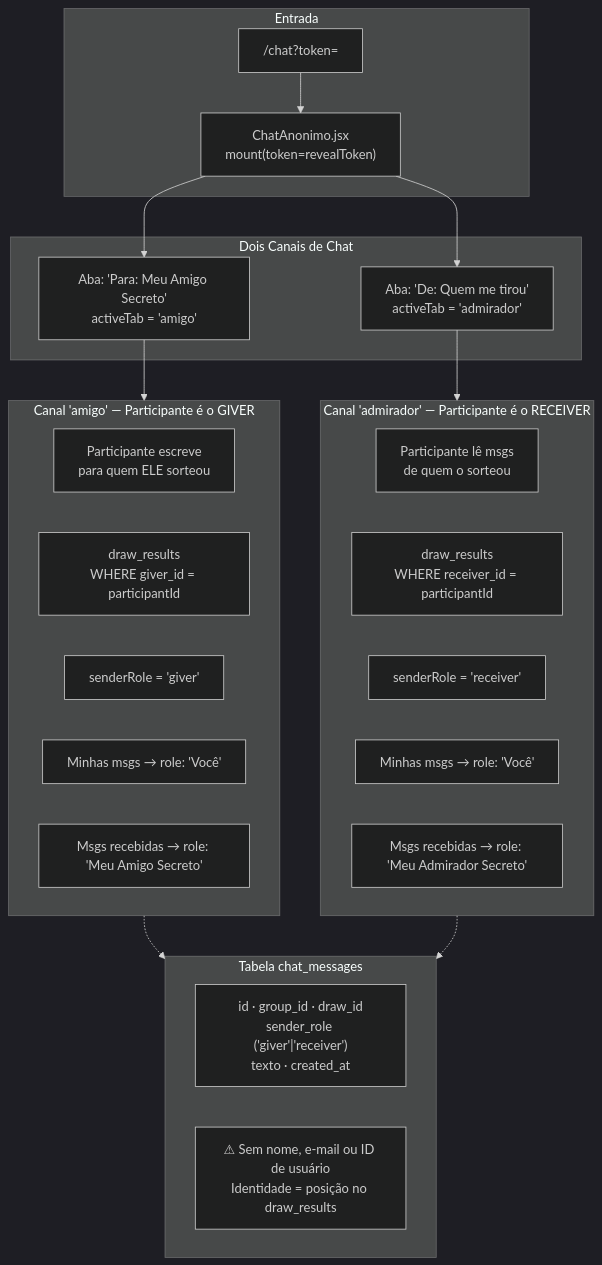
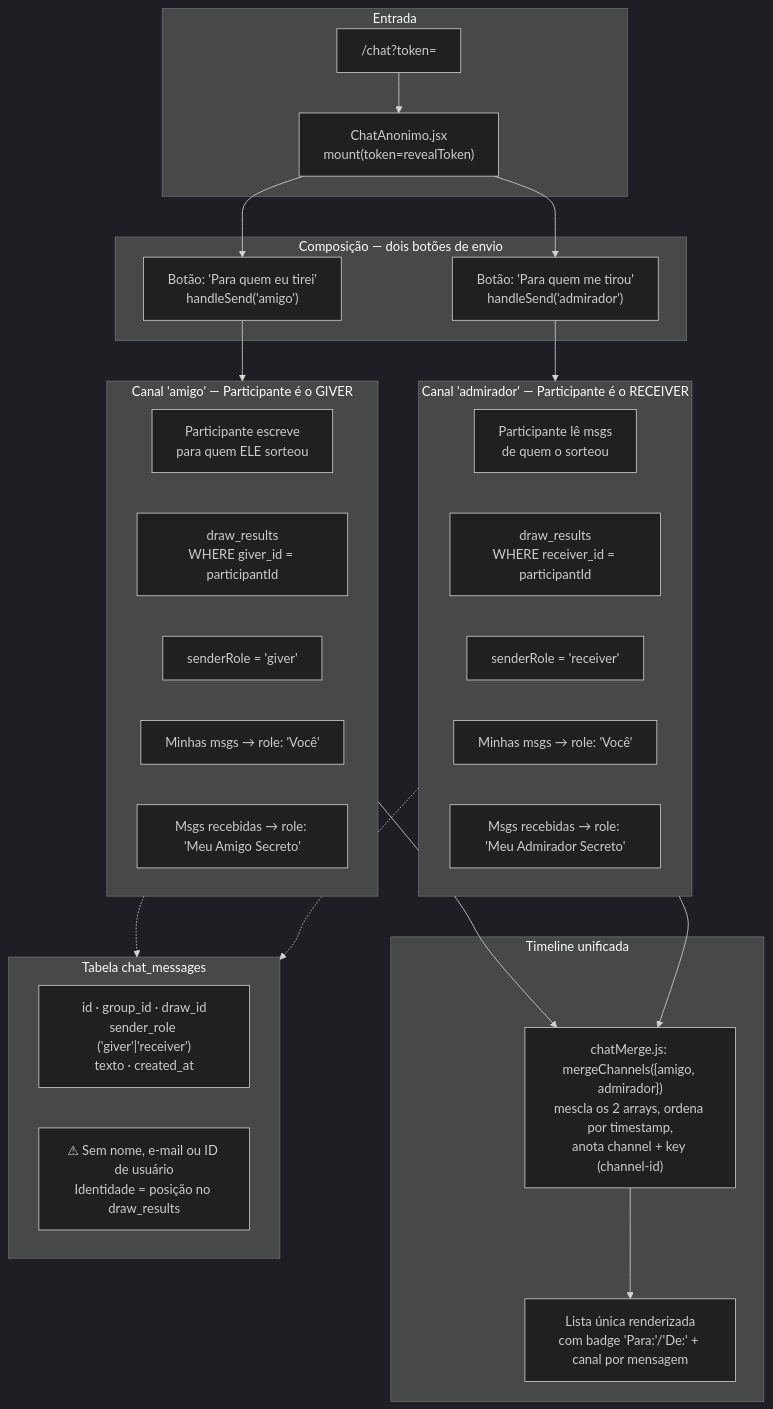
Before and after one commit to charines/AmigoSecreto: the first of 5 diagrams in docs/modules/chat_anonimo.md, drawn with Mermaid (dark theme). The commit also changed other lines of this file and 6 other files, not shown here.

First line of the commit message:
feat: chat unificado com timeline única e dois canais de envio

````diff
--- a/docs/modules/chat_anonimo.md
+++ b/docs/modules/chat_anonimo.md
@@ -27,41 +35,49 @@
 ```mermaid
 flowchart TD
     subgraph ENTRY["Entrada"]
         URL["/chat?token=<revealToken>"]
         CHAT["ChatAnonimo.jsx\nmount(token=revealToken)"]
     end
 
-    subgraph CHANNELS["Dois Canais de Chat"]
-        TAB_A["Aba: 'Para: Meu Amigo Secreto'\nactiveTab = 'amigo'"]
-        TAB_B["Aba: 'De: Quem me tirou'\nactiveTab = 'admirador'"]
+    subgraph SEND["Composição — dois botões de envio"]
+        SEND_A["Botão: 'Para quem eu tirei'\nhandleSend('amigo')"]
+        SEND_B["Botão: 'Para quem me tirou'\nhandleSend('admirador')"]
     end
 
     subgraph CANAL_AMIGO["Canal 'amigo' — Participante é o GIVER"]
         A_DESC["Participante escreve\npara quem ELE sorteou"]
         A_DB["draw_results\nWHERE giver_id = participantId"]
         A_ROLE["senderRole = 'giver'"]
         A_LABEL_ME["Minhas msgs → role: 'Você'"]
         A_LABEL_OTHER["Msgs recebidas → role: 'Meu Amigo Secreto'"]
     end
 
     subgraph CANAL_ADM["Canal 'admirador' — Participante é o RECEIVER"]
         B_DESC["Participante lê msgs\nde quem o sorteou"]
         B_DB["draw_results\nWHERE receiver_id = participantId"]
         B_ROLE["senderRole = 'receiver'"]
         B_LABEL_ME["Minhas msgs → role: 'Você'"]
         B_LABEL_OTHER["Msgs recebidas → role: 'Meu Admirador Secreto'"]
     end
 
+    subgraph MERGE["Timeline unificada"]
+        MG["chatMerge.js: mergeChannels({amigo, admirador})\nmescla os 2 arrays, ordena por timestamp,\nanota channel + key (channel-id)"]
+        RENDER["Lista única renderizada\ncom badge 'Para:'/'De:' + canal por mensagem"]
+    end
+
     subgraph DB_SCHEMA["Tabela chat_messages"]
         COLS["id · group_id · draw_id\nsender_role ('giver'|'receiver')\ntexto · created_at"]
         NO_PII["⚠ Sem nome, e-mail ou ID de usuário\nIdentidade = posição no draw_results"]
     end
 
     URL --> CHAT
-    CHAT --> TAB_A
-    CHAT --> TAB_B
-    TAB_A --> CANAL_AMIGO
-    TAB_B --> CANAL_ADM
+    CHAT --> SEND_A
+    CHAT --> SEND_B
+    SEND_A --> CANAL_AMIGO
+    SEND_B --> CANAL_ADM
+    CANAL_AMIGO --> MG
+    CANAL_ADM --> MG
+    MG --> RENDER
     CANAL_AMIGO -.-> DB_SCHEMA
     CANAL_ADM -.-> DB_SCHEMA
 ```
````
